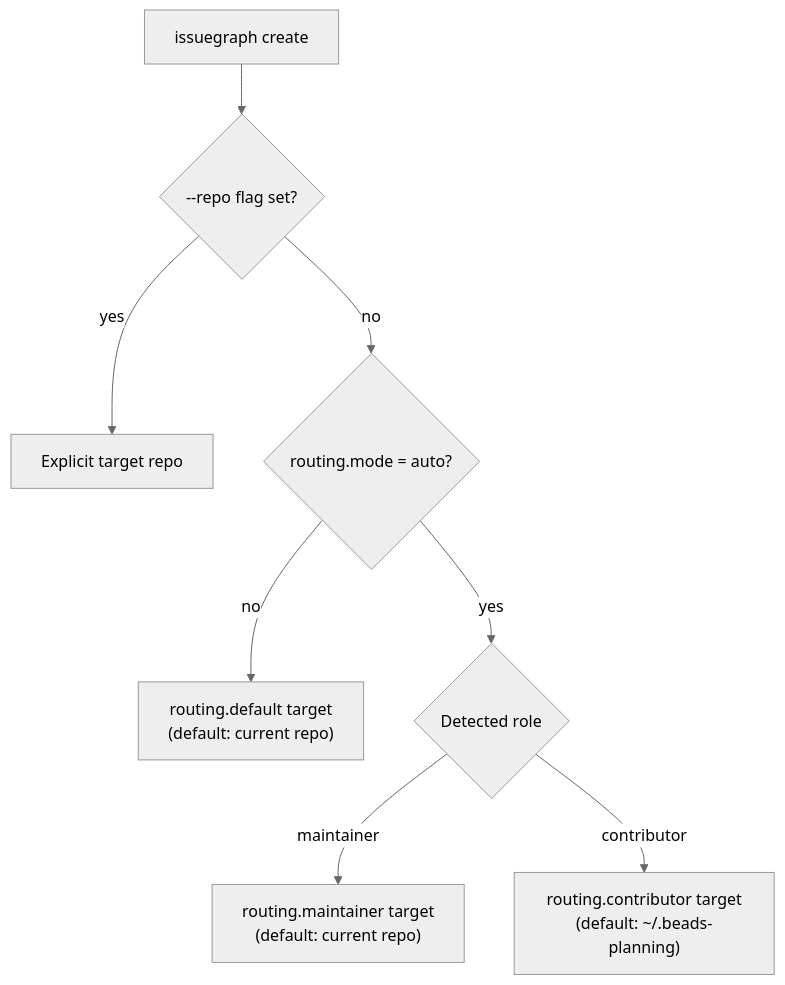
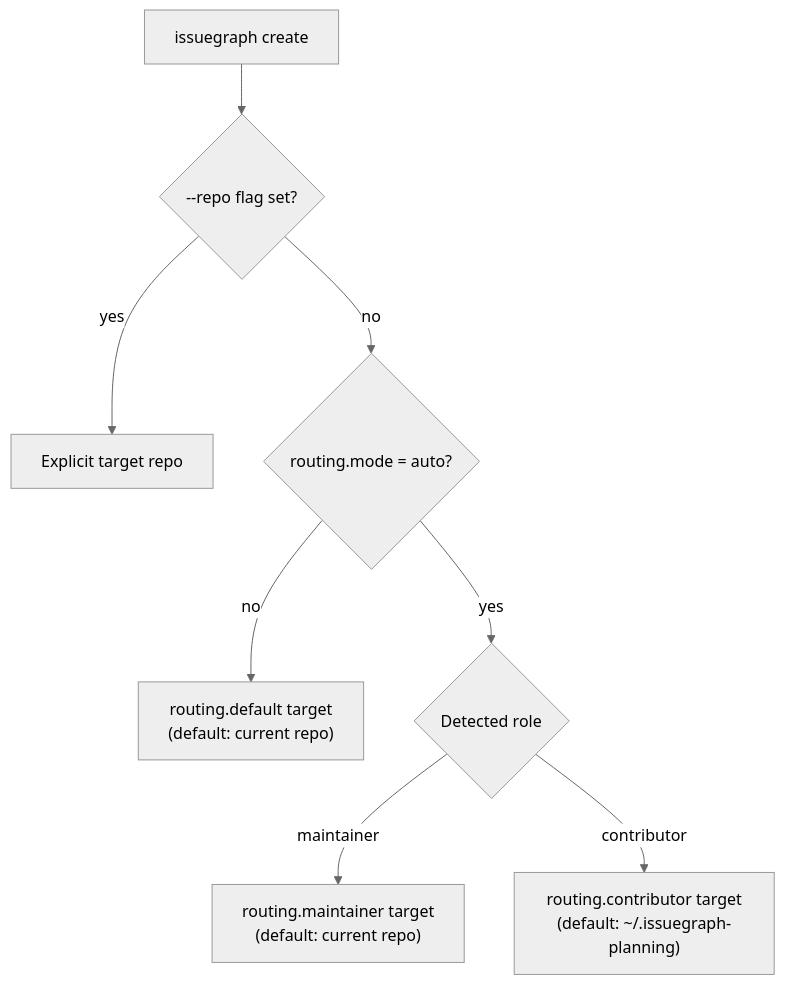
One commit to borg0ai/dx-issuegraph changed the diagram in docs/multi-agent/routing.md. Above: the diagram before and after it, drawn with Mermaid (neutral theme). The commit also changed other lines of this file and 3234 other files, not shown here.

````diff
--- a/docs/multi-agent/routing.md
+++ b/docs/multi-agent/routing.md
@@ -35,10 +35,10 @@
 ```mermaid
 flowchart TD
     A["issuegraph create"] --> B{"--repo flag set?"}
     B -- "yes" --> C["Explicit target repo"]
     B -- "no" --> D{"routing.mode = auto?"}
     D -- "no" --> E["routing.default target<br/>(default: current repo)"]
     D -- "yes" --> F{"Detected role"}
     F -- "maintainer" --> G["routing.maintainer target<br/>(default: current repo)"]
-    F -- "contributor" --> H["routing.contributor target<br/>(default: ~/.beads-planning)"]
+    F -- "contributor" --> H["routing.contributor target<br/>(default: ~/.issuegraph-planning)"]
 ```
````
